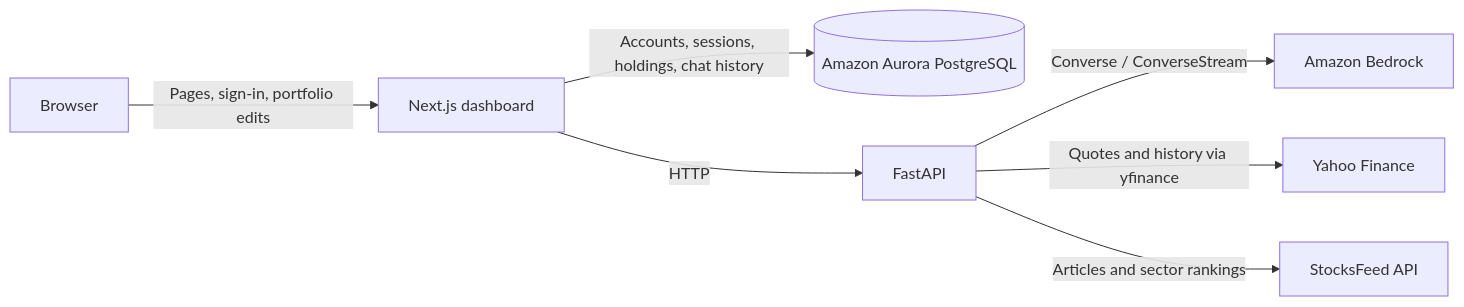
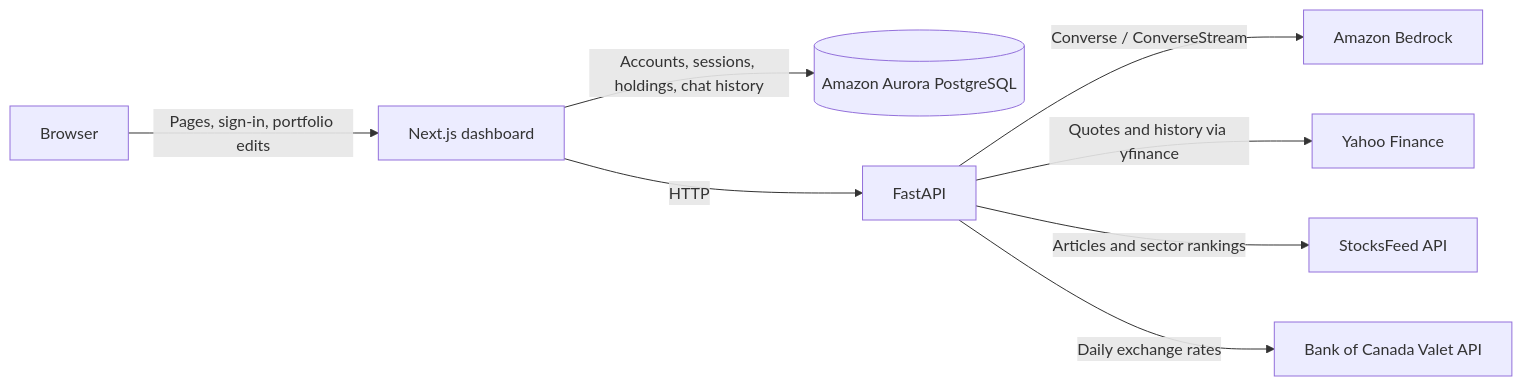
One commit to tarteeg/datathon-polyfinance changed the diagram in ARCHITECTURE.md. Above: the diagram before and after it, drawn with Mermaid. The commit also changed other lines of this file and 10 other files, not shown here.

````diff
--- a/ARCHITECTURE.md
+++ b/ARCHITECTURE.md
@@ -5,9 +5,10 @@
 ```mermaid
 flowchart LR
     Browser -->|Pages, sign-in, portfolio edits| Next["Next.js dashboard"]
     Next -->|Accounts, sessions, holdings, chat history| DB[("Amazon Aurora PostgreSQL")]
     API -->|Converse / ConverseStream| Bedrock["Amazon Bedrock"]
     Next -->|HTTP| API["FastAPI"]
     API -->|Quotes and history via yfinance| Yahoo["Yahoo Finance"]
     API -->|Articles and sector rankings| Feed["StocksFeed API"]
+    API -->|Daily exchange rates| BoC["Bank of Canada Valet API"]
 ```
````
